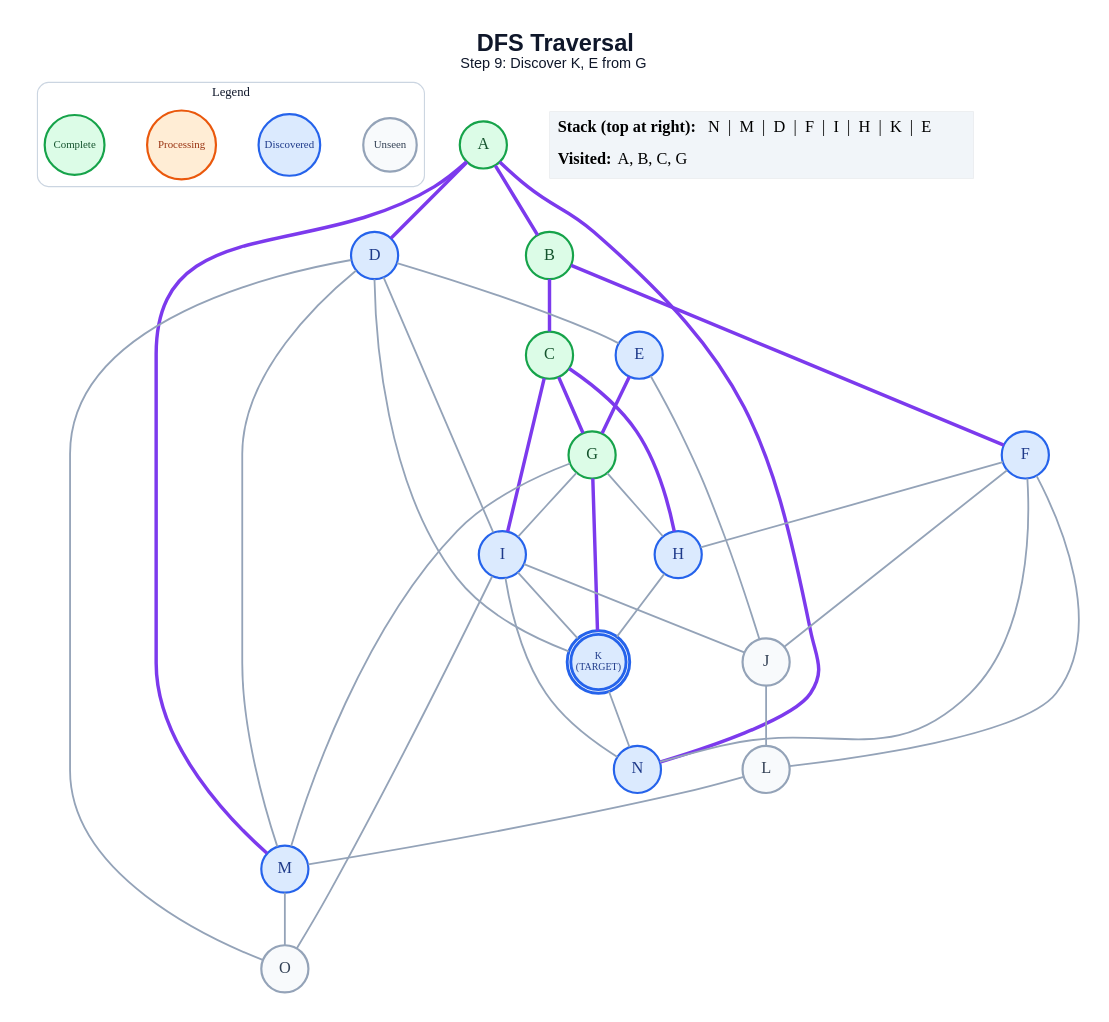
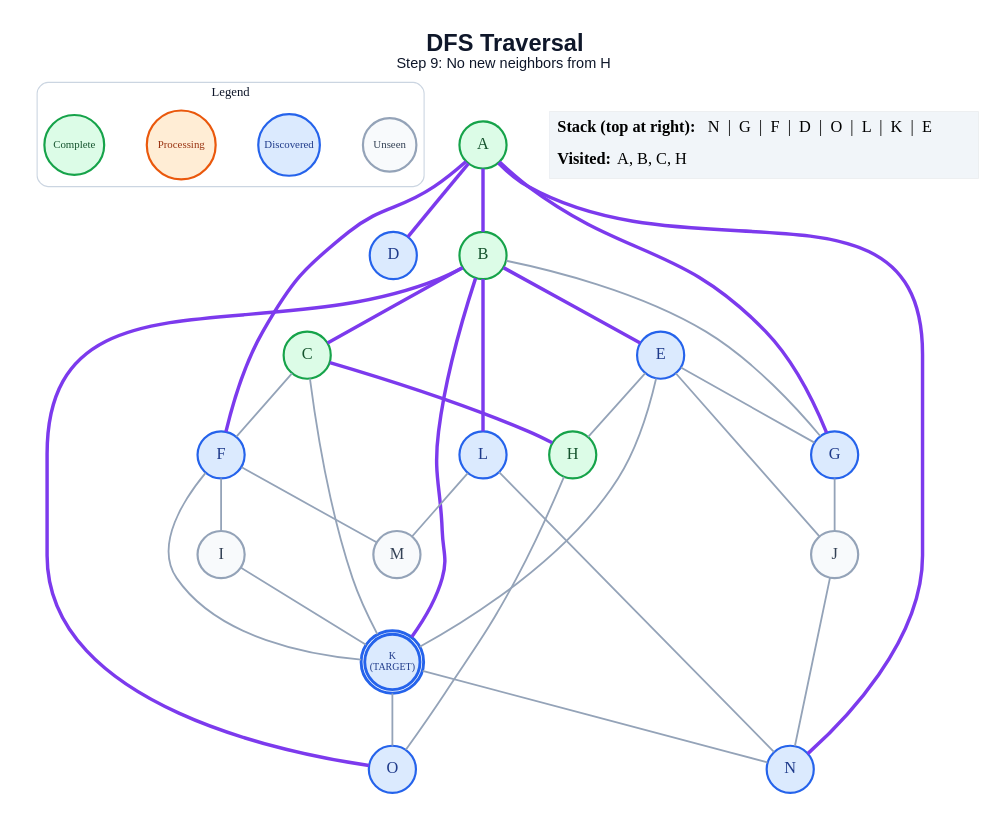
One commit to anon7238593-create/ai-slop changed the diagram in generated/specific-node/dfs/step_09.dot. Above: the diagram before and after it, drawn with Graphviz. The commit also changed 213 other files, not shown here.

```diff
--- a/generated/specific-node/dfs/step_09.dot
+++ b/generated/specific-node/dfs/step_09.dot
@@ -1,67 +1,63 @@
 graph traversal {
   graph [layout=dot, rankdir=TB, bgcolor="#FFFFFF", pad="0.35", nodesep="0.65", ranksep="0.8", fontname="Arial"];
   node [shape=circle, style="filled", fontname="Arial Bold", fontsize=18, width=0.72, fixedsize=true, penwidth=2.4];
   edge [color="#94A3B8", penwidth=2.0];
-  label=<<B>DFS Traversal</B><BR/><FONT POINT-SIZE="16">Step 9: Discover K, E from G</FONT>>; labelloc="t"; fontsize=26; fontname="Arial"; fontcolor="#0F172A";
+  label=<<B>DFS Traversal</B><BR/><FONT POINT-SIZE="16">Step 9: No new neighbors from H</FONT>>; labelloc="t"; fontsize=26; fontname="Arial"; fontcolor="#0F172A";
   subgraph cluster_legend { label="Legend"; color="#CBD5E1"; penwidth=1.2; style="rounded"; fontsize=14; fontname="Arial Bold";
     key_unseen [label="Unseen", fillcolor="#F8FAFC", color="#94A3B8", fontcolor="#334155", fontsize=12, width=0.82];
     key_frontier [label="Discovered", fillcolor="#DBEAFE", color="#2563EB", fontcolor="#1E3A8A", fontsize=12, width=0.95];
     key_current [label="Processing", fillcolor="#FFEDD5", color="#EA580C", fontcolor="#9A3412", fontsize=12, width=1.05];
     key_done [label="Complete", fillcolor="#DCFCE7", color="#16A34A", fontcolor="#14532D", fontsize=12, width=0.92];
     { rank=same; key_unseen; key_frontier; key_current; key_done; }
   }
   A [label="A", fillcolor="#DCFCE7", color="#16A34A", fontcolor="#14532D", peripheries=1, penwidth=2.4];
   B [label="B", fillcolor="#DCFCE7", color="#16A34A", fontcolor="#14532D", peripheries=1, penwidth=2.4];
   C [label="C", fillcolor="#DCFCE7", color="#16A34A", fontcolor="#14532D", peripheries=1, penwidth=2.4];
   D [label="D", fillcolor="#DBEAFE", color="#2563EB", fontcolor="#1E3A8A", peripheries=1, penwidth=2.4];
   E [label="E", fillcolor="#DBEAFE", color="#2563EB", fontcolor="#1E3A8A", peripheries=1, penwidth=2.4];
   F [label="F", fillcolor="#DBEAFE", color="#2563EB", fontcolor="#1E3A8A", peripheries=1, penwidth=2.4];
-  G [label="G", fillcolor="#DCFCE7", color="#16A34A", fontcolor="#14532D", peripheries=1, penwidth=2.4];
-  H [label="H", fillcolor="#DBEAFE", color="#2563EB", fontcolor="#1E3A8A", peripheries=1, penwidth=2.4];
-  I [label="I", fillcolor="#DBEAFE", color="#2563EB", fontcolor="#1E3A8A", peripheries=1, penwidth=2.4];
+  G [label="G", fillcolor="#DBEAFE", color="#2563EB", fontcolor="#1E3A8A", peripheries=1, penwidth=2.4];
+  H [label="H", fillcolor="#DCFCE7", color="#16A34A", fontcolor="#14532D", peripheries=1, penwidth=2.4];
+  I [label="I", fillcolor="#F8FAFC", color="#94A3B8", fontcolor="#334155", peripheries=1, penwidth=2.4];
   J [label="J", fillcolor="#F8FAFC", color="#94A3B8", fontcolor="#334155", peripheries=1, penwidth=2.4];
   K [label="K\n(TARGET)", fillcolor="#DBEAFE", color="#2563EB", fontcolor="#1E3A8A", peripheries=2, penwidth=3.2, fontsize=11, width=0.85, height=0.85];
-  L [label="L", fillcolor="#F8FAFC", color="#94A3B8", fontcolor="#334155", peripheries=1, penwidth=2.4];
-  M [label="M", fillcolor="#DBEAFE", color="#2563EB", fontcolor="#1E3A8A", peripheries=1, penwidth=2.4];
+  L [label="L", fillcolor="#DBEAFE", color="#2563EB", fontcolor="#1E3A8A", peripheries=1, penwidth=2.4];
+  M [label="M", fillcolor="#F8FAFC", color="#94A3B8", fontcolor="#334155", peripheries=1, penwidth=2.4];
   N [label="N", fillcolor="#DBEAFE", color="#2563EB", fontcolor="#1E3A8A", peripheries=1, penwidth=2.4];
-  O [label="O", fillcolor="#F8FAFC", color="#94A3B8", fontcolor="#334155", peripheries=1, penwidth=2.4];
+  O [label="O", fillcolor="#DBEAFE", color="#2563EB", fontcolor="#1E3A8A", peripheries=1, penwidth=2.4];
   A -- B [color="#7C3AED", penwidth=3.8];
   A -- D [color="#7C3AED", penwidth=3.8];
-  A -- M [color="#7C3AED", penwidth=3.8];
+  A -- F [color="#7C3AED", penwidth=3.8];
+  A -- G [color="#7C3AED", penwidth=3.8];
   A -- N [color="#7C3AED", penwidth=3.8];
   B -- C [color="#7C3AED", penwidth=3.8];
-  B -- F [color="#7C3AED", penwidth=3.8];
-  C -- G [color="#7C3AED", penwidth=3.8];
+  B -- E [color="#7C3AED", penwidth=3.8];
+  B -- G;
+  B -- K [color="#7C3AED", penwidth=3.8];
+  B -- L [color="#7C3AED", penwidth=3.8];
+  B -- O [color="#7C3AED", penwidth=3.8];
+  C -- F;
   C -- H [color="#7C3AED", penwidth=3.8];
-  C -- I [color="#7C3AED", penwidth=3.8];
-  D -- E;
-  D -- I;
-  D -- K;
-  D -- M;
-  D -- O;
-  E -- G [color="#7C3AED", penwidth=3.8];
+  C -- K;
+  E -- G;
+  E -- H;
   E -- J;
-  F -- H;
-  F -- J;
-  F -- L;
-  F -- N;
-  G -- H;
-  G -- I;
-  G -- K [color="#7C3AED", penwidth=3.8];
-  G -- M;
-  H -- K;
-  I -- J;
+  E -- K;
+  F -- I;
+  F -- K;
+  F -- M;
+  G -- J;
+  H -- O;
   I -- K;
-  I -- N;
-  I -- O;
-  J -- L;
+  J -- N;
   K -- N;
+  K -- O;
   L -- M;
-  M -- O;
+  L -- N;
   status [shape=plain, fixedsize=false, width=0, height=0, margin=0, label=<
     <TABLE BORDER="0" CELLBORDER="0" CELLPADDING="7" BGCOLOR="#F1F5F9">
-      <TR><TD ALIGN="LEFT"><B>Stack (top at right):</B> N  |  M  |  D  |  F  |  I  |  H  |  K  |  E</TD></TR>
-      <TR><TD ALIGN="LEFT"><B>Visited:</B> A, B, C, G</TD></TR>
+      <TR><TD ALIGN="LEFT"><B>Stack (top at right):</B> N  |  G  |  F  |  D  |  O  |  L  |  K  |  E</TD></TR>
+      <TR><TD ALIGN="LEFT"><B>Visited:</B> A, B, C, H</TD></TR>
     </TABLE>
   >];
 }
```
